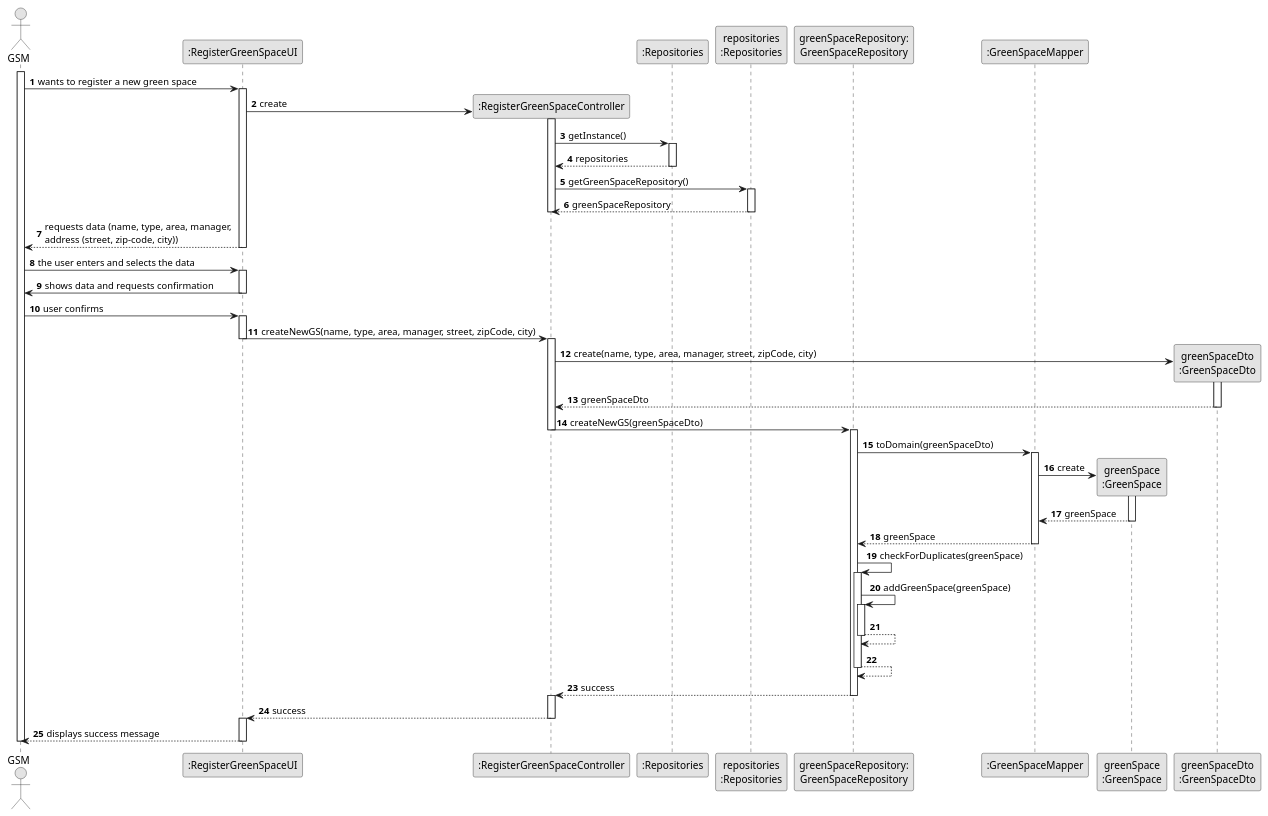
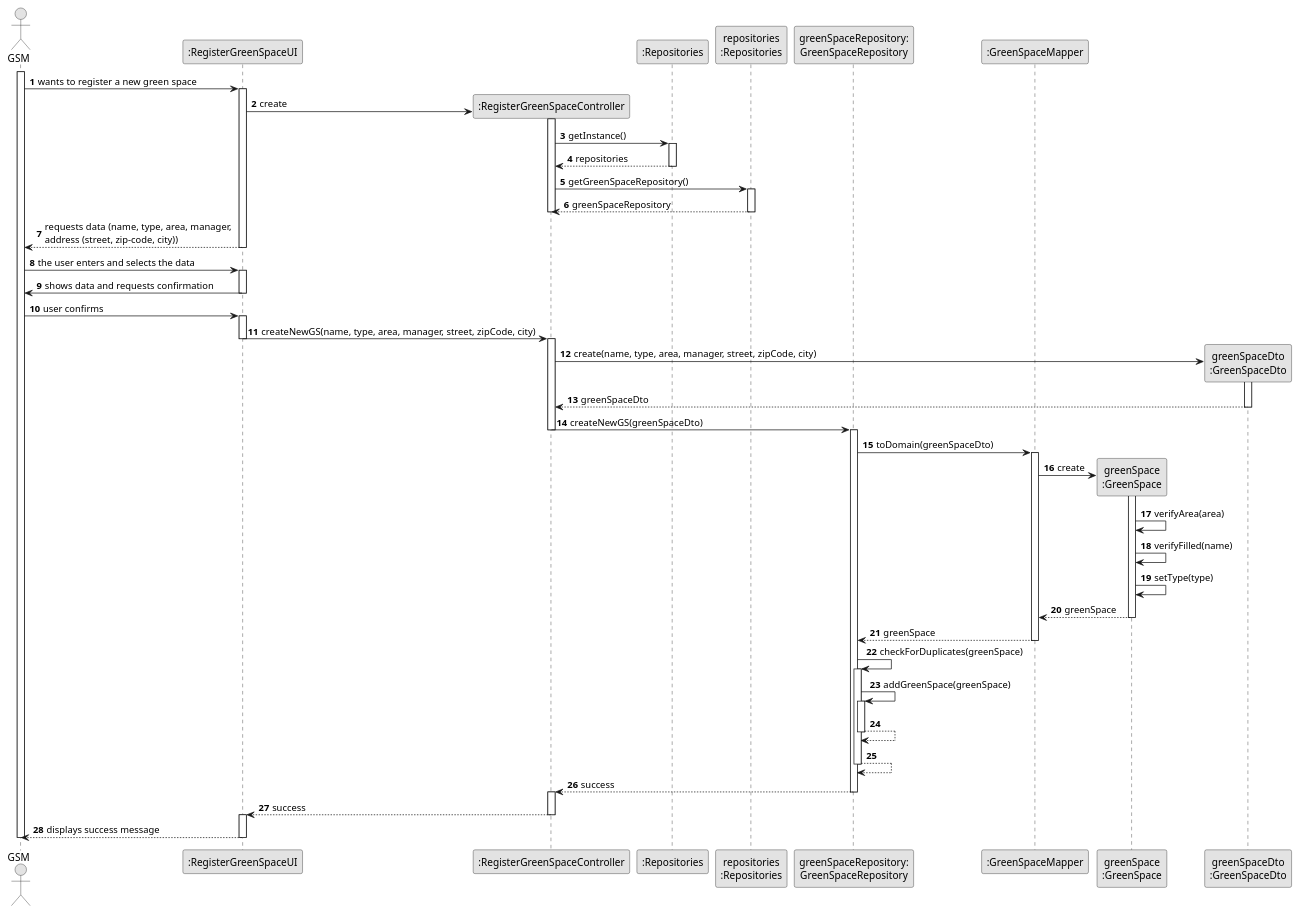
One commit to ricardomm7/leaflink changed the diagram in docs/sprintC/us020/03.design/puml/us020-sequence-diagram-full.puml. Above: the diagram before and after it, drawn with PlantUML. The commit also changed 21 other files, not shown here.

```diff
--- a/docs/sprintC/us020/03.design/puml/us020-sequence-diagram-full.puml
+++ b/docs/sprintC/us020/03.design/puml/us020-sequence-diagram-full.puml
@@ -2,85 +2,88 @@
 @startuml
 skinparam monochrome true
 skinparam packageStyle rectangle
 skinparam shadowing false
 
 'title System Sequence Diagram (SSD) - US020
 
 autonumber
 
 actor "GSM" as GSM
 participant ":RegisterGreenSpaceUI" as UI
 participant ":RegisterGreenSpaceController" as CTRL
 participant ":Repositories" as RepositorySingleton
 participant "repositories\n:Repositories" as PLAT
 participant "greenSpaceRepository:\nGreenSpaceRepository" as gsrepo
 participant ":GreenSpaceMapper" as GSMP
 participant "greenSpace\n:GreenSpace" as GS
 participant "greenSpaceDto\n:GreenSpaceDto" as DTO
 
 activate GSM
 
     GSM -> UI : wants to register a new green space
     activate UI
 
         UI -> CTRL** : create
 activate CTRL
 CTRL -> RepositorySingleton : getInstance()
 activate RepositorySingleton
 RepositorySingleton --> CTRL : repositories
 deactivate RepositorySingleton
 CTRL -> PLAT : getGreenSpaceRepository()
 activate PLAT
 PLAT -->  CTRL: greenSpaceRepository
 deactivate PLAT
 deactivate CTRL
         UI --> GSM : requests data (name, type, area, manager, \naddress (street, zip-code, city))
         deactivate UI
 GSM -> UI : the user enters and selects the data
 activate UI
 UI-> GSM : shows data and requests confirmation
 deactivate UI
 GSM -> UI: user confirms
 activate UI
 
 UI -> CTRL : createNewGS(name, type, area, manager, street, zipCode, city)
 deactivate UI
 activate CTRL
 CTRL->DTO** : create(name, type, area, manager, street, zipCode, city)
 activate DTO
 DTO --> CTRL : greenSpaceDto
 deactivate DTO
 CTRL -> gsrepo : createNewGS(greenSpaceDto)
 deactivate CTRL
 activate gsrepo
 gsrepo -> GSMP : toDomain(greenSpaceDto)
 activate GSMP
 
 GSMP -> GS** : create
 
 activate GS
+GS->GS : verifyArea(area)
+GS->GS : verifyFilled(name)
+GS->GS : setType(type)
 
 
 GS --> GSMP : greenSpace
 deactivate GS
 GSMP --> gsrepo : greenSpace
 deactivate GSMP
 gsrepo -> gsrepo : checkForDuplicates(greenSpace)
 activate gsrepo
 gsrepo -> gsrepo : addGreenSpace(greenSpace)
 activate gsrepo
 gsrepo-->gsrepo
 deactivate gsrepo
 gsrepo-->gsrepo
 deactivate gsrepo
 gsrepo --> CTRL : success
 deactivate gsrepo
 activate CTRL
 CTRL --> UI : success
 deactivate CTRL
 activate UI
 UI-->GSM:displays success message
 deactivate UI
 deactivate GSM
 
 @enduml
```
